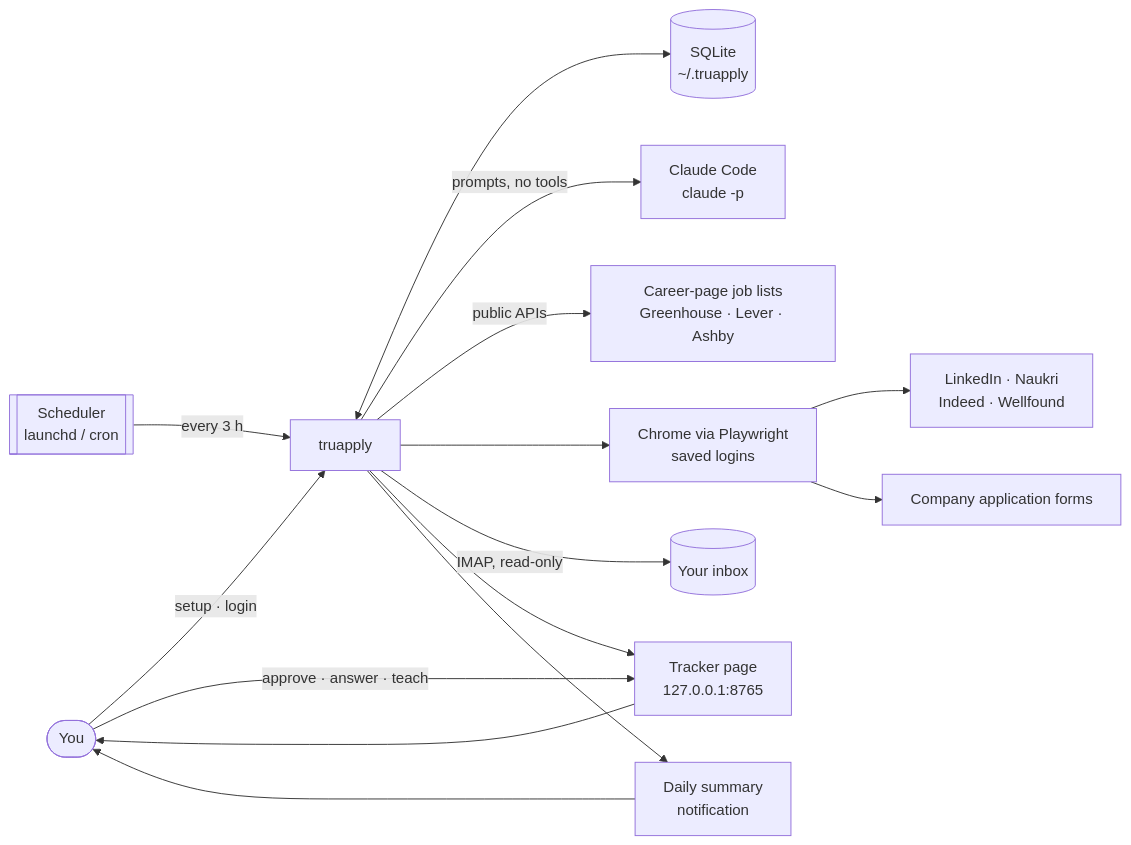
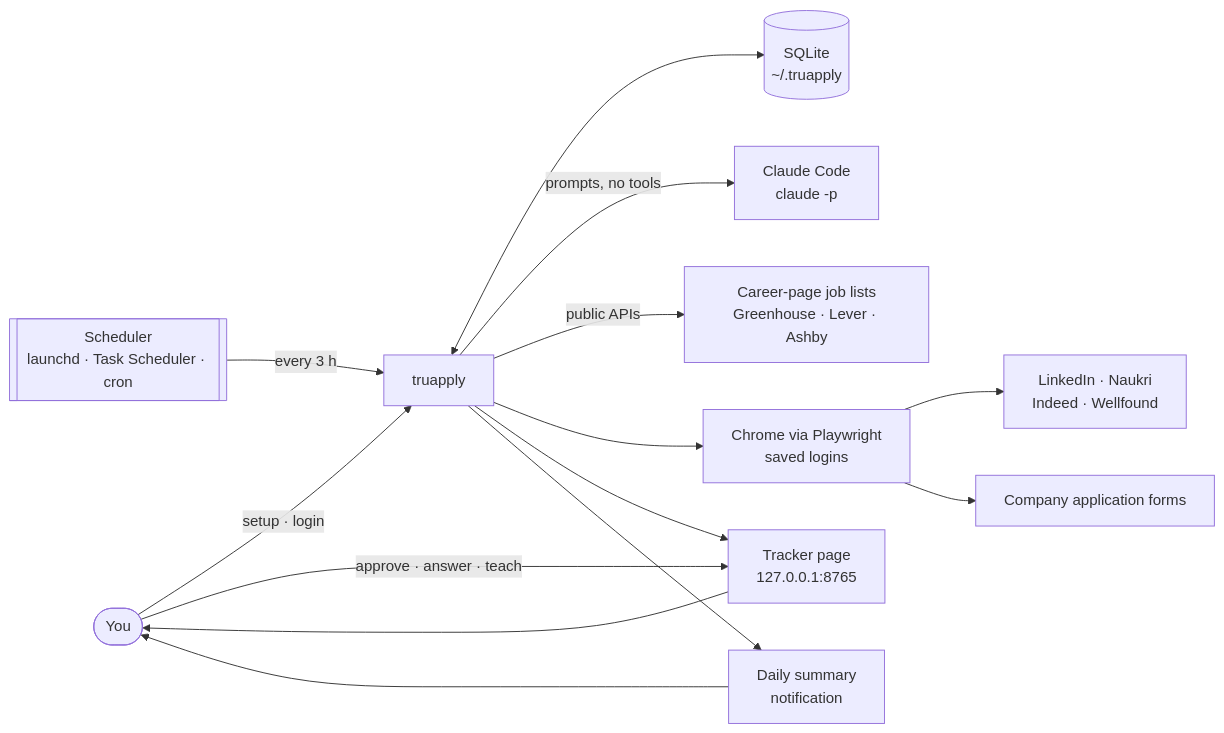
The diagram in docs/README.md (Avijit07x/truapply), drawn with Mermaid before and after one commit. The commit also changed other lines of this file and 11 other files, not shown here.

````diff
--- a/docs/README.md
+++ b/docs/README.md
@@ -7,17 +7,16 @@
 ```mermaid
 flowchart LR
   user([You]) -- "setup · login" --> cli[truapply]
-  sched[["Scheduler<br/>launchd / cron"]] -- "every 3 h" --> cli
+  sched[["Scheduler<br/>launchd · Task Scheduler · cron"]] -- "every 3 h" --> cli
   cli <--> store[("SQLite<br/>~/.truapply")]
   cli -- "prompts, no tools" --> ai["Claude Code<br/>claude -p"]
   cli -- "public APIs" --> api["Career-page job lists<br/>Greenhouse · Lever · Ashby"]
   cli --> browser["Chrome via Playwright<br/>saved logins"]
   browser --> sites["LinkedIn · Naukri<br/>Indeed · Wellfound"]
   browser --> forms["Company application forms"]
-  cli -- "IMAP, read-only" --> mail[("Your inbox")]
   cli --> tracker["Tracker page<br/>127.0.0.1:8765"]
   cli --> notify["Daily summary<br/>notification"]
   tracker --> user
   user -- "approve · answer · teach" --> tracker
   notify --> user
 ```
````
